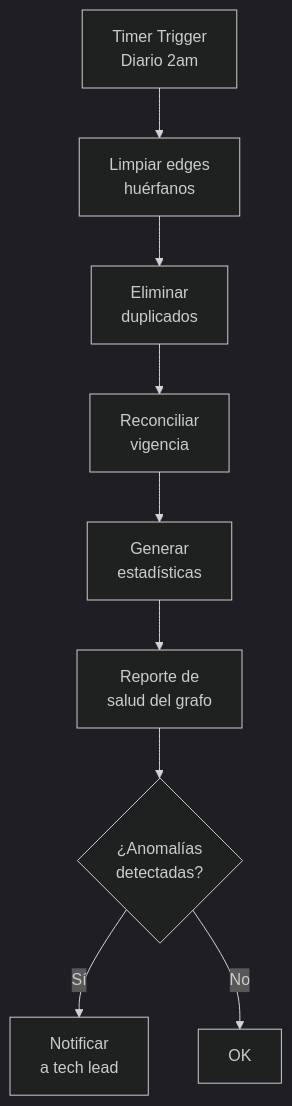
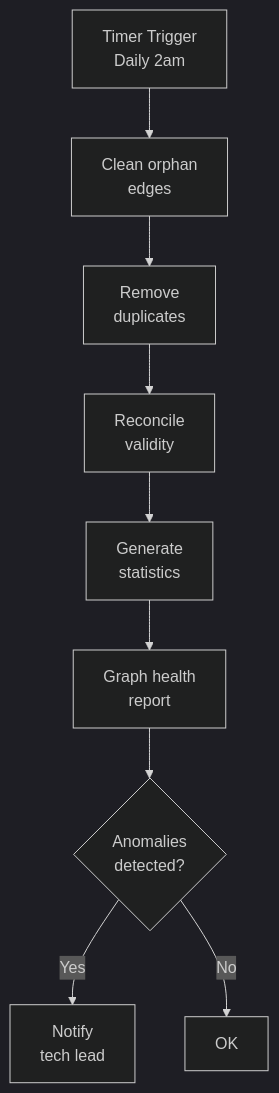
The third of 5 diagrams in docs/technical/09-data-knowledge-management.md (pablonux/legal-ai-ar), drawn with Mermaid (dark theme) before and after one commit. The commit also changed other lines of this file and 2 other files, not shown here.

Commit message:
tech docs completed

````diff
--- a/docs/technical/09-data-knowledge-management.md
+++ b/docs/technical/09-data-knowledge-management.md
@@ -199,11 +199,11 @@
 ```mermaid
 flowchart TB
-    TIMER[Timer Trigger<br/>Diario 2am] --> ORPHANS[Limpiar edges<br/>huérfanos]
-    ORPHANS --> DUPS[Eliminar<br/>duplicados]
-    DUPS --> VIG[Reconciliar<br/>vigencia]
-    VIG --> STATS[Generar<br/>estadísticas]
-    STATS --> REPORT[Reporte de<br/>salud del grafo]
-    REPORT --> ALERT{¿Anomalías<br/>detectadas?}
-    ALERT -->|Sí| NOTIFY[Notificar<br/>a tech lead]
+    TIMER[Timer Trigger<br/>Daily 2am] --> ORPHANS[Clean orphan<br/>edges]
+    ORPHANS --> DUPS[Remove<br/>duplicates]
+    DUPS --> VIG[Reconcile<br/>validity]
+    VIG --> STATS[Generate<br/>statistics]
+    STATS --> REPORT[Graph health<br/>report]
+    REPORT --> ALERT{Anomalies<br/>detected?}
+    ALERT -->|Yes| NOTIFY[Notify<br/>tech lead]
     ALERT -->|No| END[OK]
 ```
````
